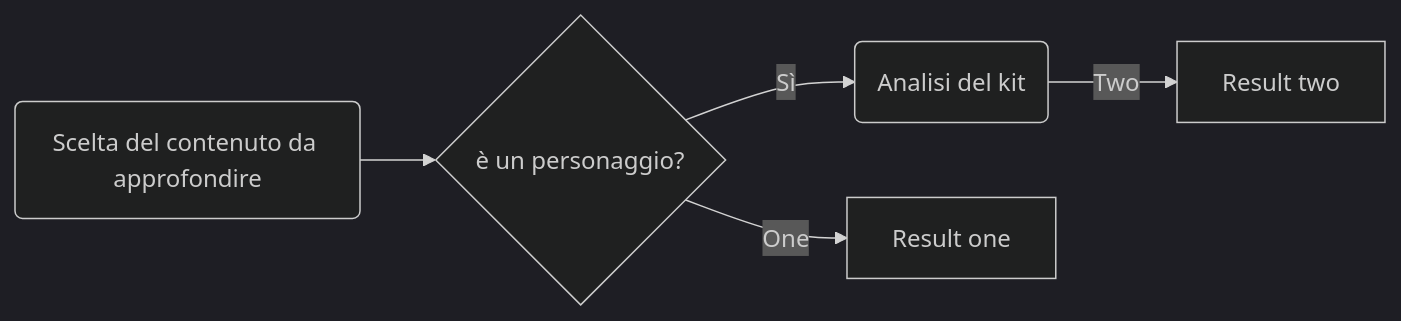
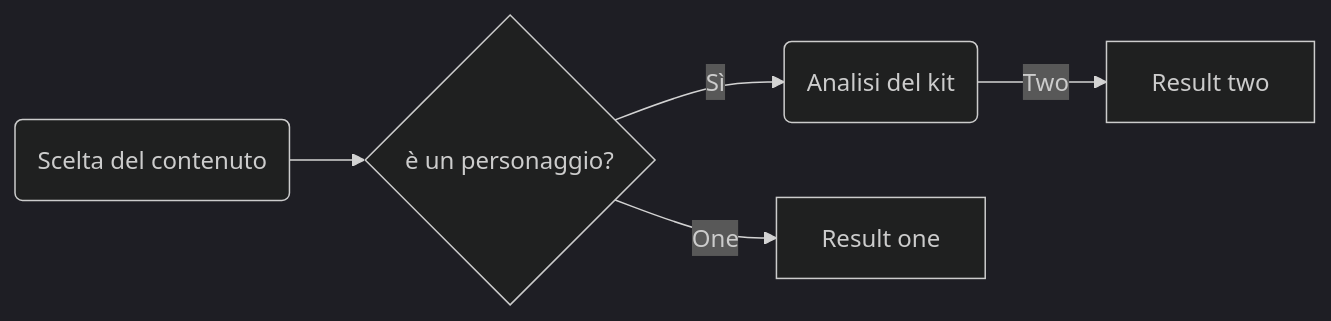
Before and after one commit to RafVale/Progetto-Editoria-Digitale: the second of 3 diagrams in RelazioneProgettoEsame.md, drawn with Mermaid (dark theme).

````diff
--- a/RelazioneProgettoEsame.md
+++ b/RelazioneProgettoEsame.md
@@ -68,7 +68,7 @@
 ```mermaid
 flowchart LR
-    A(Scelta del contenuto da approfondire) --> B{è un personaggio?}
+    A(Scelta del contenuto) --> B{è un personaggio?}
     B --> |Sì| C(Analisi del kit)
     B -->|One| D[Result one]
     C -->|Two| E[Result two]
 ```
````
